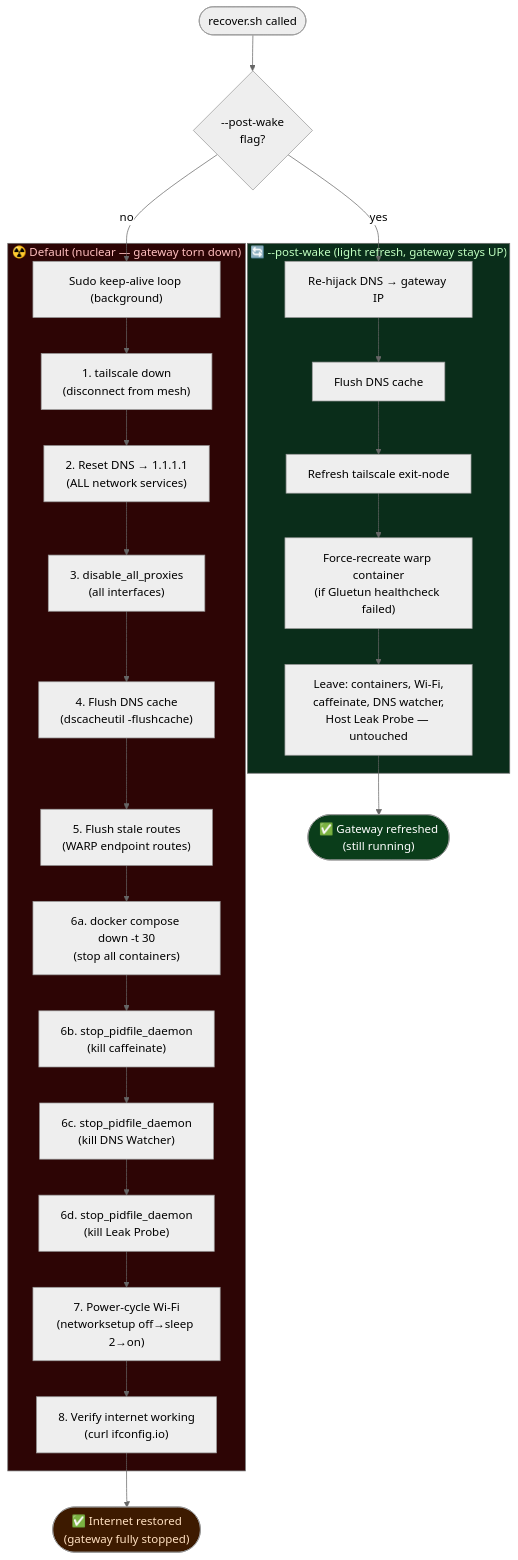
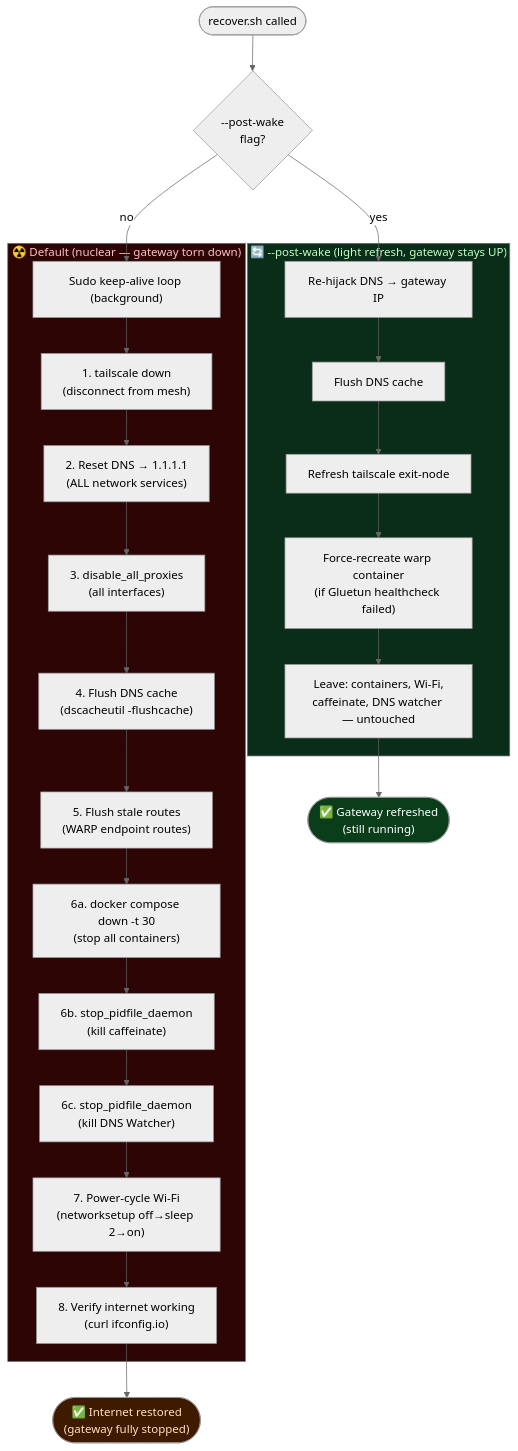
One commit to OmarAlaaeldein/nullexit changed the sixth of 7 diagrams in diagrams.md. Above: the diagram before and after it, drawn with Mermaid (neutral theme). The commit also changed other lines of this file and 3 other files, not shown here.

````diff
--- a/diagrams.md
+++ b/diagrams.md
@@ -259,43 +252,42 @@
 ```mermaid
 flowchart TD
     INVOKE(["recover.sh called"])
     MODE{"--post-wake\nflag?"}
 
     subgraph POSTWAKE["🔄 --post-wake (light refresh, gateway stays UP)"]
         PW1["Re-hijack DNS → gateway IP"]
         PW2["Flush DNS cache"]
         PW3["Refresh tailscale exit-node"]
         PW4["Force-recreate warp container\n(if Gluetun healthcheck failed)"]
-        PW5["Leave: containers, Wi-Fi,\ncaffeinate, DNS watcher,\nHost Leak Probe — untouched"]
+        PW5["Leave: containers, Wi-Fi,\ncaffeinate, DNS watcher — untouched"]
     end
 
     subgraph NUCLEAR["☢️ Default (nuclear — gateway torn down)"]
         N0["Sudo keep-alive loop (background)"]
         N1["1. tailscale down\n(disconnect from mesh)"]
         N2["2. Reset DNS → 1.1.1.1\n(ALL network services)"]
         N3["3. disable_all_proxies\n(all interfaces)"]
         N4["4. Flush DNS cache\n(dscacheutil -flushcache)"]
         N5["5. Flush stale routes\n(WARP endpoint routes)"]
         N6a["6a. docker compose down -t 30\n(stop all containers)"]
         N6b["6b. stop_pidfile_daemon\n(kill caffeinate)"]
         N6c["6c. stop_pidfile_daemon\n(kill DNS Watcher)"]
-        N6d["6d. stop_pidfile_daemon\n(kill Leak Probe)"]
         N7["7. Power-cycle Wi-Fi\n(networksetup off→sleep 2→on)"]
         N8["8. Verify internet working\n(curl ifconfig.io)"]
     end
 
     DONE_PW(["✅ Gateway refreshed\n(still running)"])
     DONE_NUC(["✅ Internet restored\n(gateway fully stopped)"])
 
     INVOKE --> MODE
     MODE -->|"yes"| PW1
     PW1 --> PW2 --> PW3 --> PW4 --> PW5 --> DONE_PW
     MODE -->|"no"| N0
     N0 --> N1 --> N2 --> N3 --> N4 --> N5
-    N5 --> N6a --> N6b --> N6c --> N6d --> N7 --> N8 --> DONE_NUC
+    N5 --> N6a --> N6b --> N6c --> N7 --> N8 --> DONE_NUC
 
     style POSTWAKE fill:#0a2d1a,color:#c0ffc0
     style NUCLEAR fill:#2d0505,color:#ffc0c0
     style DONE_PW fill:#0a3d1a,color:#fff
     style DONE_NUC fill:#3d1a00,color:#ffe0c0
 ```
````
